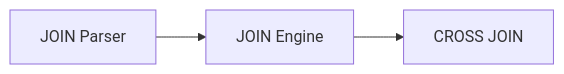
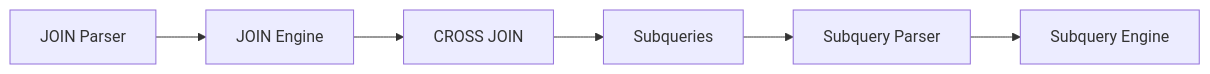
Before and after one commit to cyw0ng95/sqlvibe: the diagram in docs/plan-v0.3.x.md, drawn with Mermaid. The commit also changed other lines of this file and 5 other files, not shown here.

First line of the commit message:
feat: Implement subquery support with parser and engine improvements

````diff
--- a/docs/plan-v0.3.x.md
+++ b/docs/plan-v0.3.x.md
@@ -21,5 +21,8 @@
 ```mermaid
 graph LR
     P[JOIN Parser] --> E[JOIN Engine]
     E --> CJ[CROSS JOIN]
+    CJ --> SQ[Subqueries]
+    SQ --> SQ_P[Subquery Parser]
+    SQ_P --> SQ_E[Subquery Engine]
 ```
````
